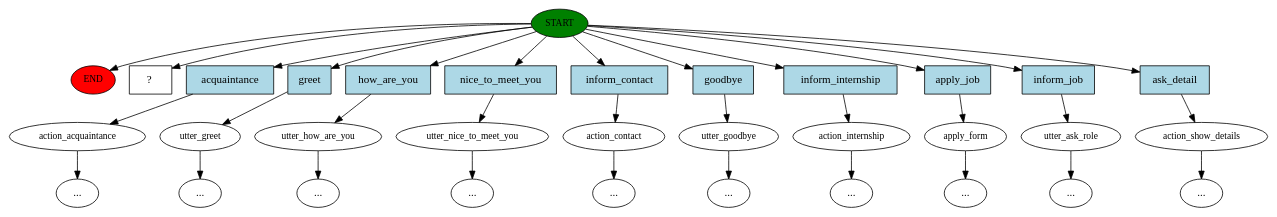
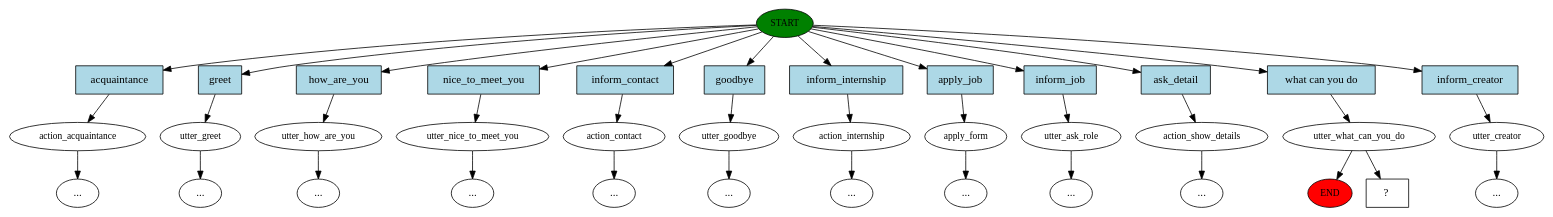
One commit to karimBg/proBot changed the diagram in story_graph.dot. Above: the diagram before and after it, drawn with Graphviz. The commit also changed 14 other files, not shown here.

```diff
--- a/story_graph.dot
+++ b/story_graph.dot
@@ -1,67 +1,77 @@
 digraph  {
 0 [class="start active", fillcolor=green, fontsize=12, label=START, style=filled];
 "-1" [class=end, fillcolor=red, fontsize=12, label=END, style=filled];
 1 [class="", fontsize=12, label=action_acquaintance];
 "-3" [class=ellipsis, label="..."];
 2 [class="", fontsize=12, label=utter_greet];
 "-4" [class=ellipsis, label="..."];
 3 [class="", fontsize=12, label=utter_how_are_you];
 "-5" [class=ellipsis, label="..."];
 4 [class="", fontsize=12, label=utter_nice_to_meet_you];
 "-6" [class=ellipsis, label="..."];
 5 [class="", fontsize=12, label=action_contact];
 "-7" [class=ellipsis, label="..."];
 6 [class="", fontsize=12, label=utter_goodbye];
 "-8" [class=ellipsis, label="..."];
 7 [class="", fontsize=12, label=action_internship];
 "-9" [class=ellipsis, label="..."];
 8 [class="", fontsize=12, label=apply_form];
 "-11" [class=ellipsis, label="..."];
 10 [class="", fontsize=12, label=utter_ask_role];
 12 [class="", fontsize=12, label=action_show_details];
 "-14" [class=ellipsis, label="..."];
 "-15" [class=ellipsis, label="..."];
-14 [class="intent dashed active", label="  ?  ", shape=rect];
-15 [class=intent, fillcolor=lightblue, label=acquaintance, shape=rect, style=filled];
-16 [class=intent, fillcolor=lightblue, label=greet, shape=rect, style=filled];
-17 [class=intent, fillcolor=lightblue, label=how_are_you, shape=rect, style=filled];
-18 [class=intent, fillcolor=lightblue, label=nice_to_meet_you, shape=rect, style=filled];
-19 [class=intent, fillcolor=lightblue, label=inform_contact, shape=rect, style=filled];
-20 [class=intent, fillcolor=lightblue, label=goodbye, shape=rect, style=filled];
-21 [class=intent, fillcolor=lightblue, label=inform_internship, shape=rect, style=filled];
-22 [class=intent, fillcolor=lightblue, label=apply_job, shape=rect, style=filled];
-23 [class=intent, fillcolor=lightblue, label=inform_job, shape=rect, style=filled];
-24 [class=intent, fillcolor=lightblue, label=ask_detail, shape=rect, style=filled];
-0 -> "-1"  [class="", key=NONE, label=""];
-0 -> 14  [class=active, key=NONE, label=""];
-0 -> 15  [class="", key=0];
-0 -> 16  [class="", key=0];
-0 -> 17  [class="", key=0];
+14 [class=active, fontsize=12, label=utter_what_can_you_do];
+15 [class="", fontsize=12, label=utter_creator];
+"-16" [class=ellipsis, label="..."];
+17 [class="intent dashed active", label="  ?  ", shape=rect];
+18 [class=intent, fillcolor=lightblue, label=acquaintance, shape=rect, style=filled];
+19 [class=intent, fillcolor=lightblue, label=greet, shape=rect, style=filled];
+20 [class=intent, fillcolor=lightblue, label=how_are_you, shape=rect, style=filled];
+21 [class=intent, fillcolor=lightblue, label=nice_to_meet_you, shape=rect, style=filled];
+22 [class=intent, fillcolor=lightblue, label=inform_contact, shape=rect, style=filled];
+23 [class=intent, fillcolor=lightblue, label=goodbye, shape=rect, style=filled];
+24 [class=intent, fillcolor=lightblue, label=inform_internship, shape=rect, style=filled];
+25 [class=intent, fillcolor=lightblue, label=apply_job, shape=rect, style=filled];
+26 [class=intent, fillcolor=lightblue, label=inform_job, shape=rect, style=filled];
+27 [class=intent, fillcolor=lightblue, label=ask_detail, shape=rect, style=filled];
+28 [class="intent active", fillcolor=lightblue, label="what can you do ", shape=rect, style=filled];
+29 [class=intent, fillcolor=lightblue, label=inform_creator, shape=rect, style=filled];
 0 -> 18  [class="", key=0];
 0 -> 19  [class="", key=0];
 0 -> 20  [class="", key=0];
 0 -> 21  [class="", key=0];
 0 -> 22  [class="", key=0];
 0 -> 23  [class="", key=0];
 0 -> 24  [class="", key=0];
+0 -> 25  [class="", key=0];
+0 -> 26  [class="", key=0];
+0 -> 27  [class="", key=0];
+0 -> 28  [class=active, key=0];
+0 -> 29  [class="", key=0];
 1 -> "-3"  [class="", key=NONE, label=""];
 2 -> "-4"  [class="", key=NONE, label=""];
 3 -> "-5"  [class="", key=NONE, label=""];
 4 -> "-6"  [class="", key=NONE, label=""];
 5 -> "-7"  [class="", key=NONE, label=""];
 6 -> "-8"  [class="", key=NONE, label=""];
 7 -> "-9"  [class="", key=NONE, label=""];
 8 -> "-11"  [class="", key=NONE, label=""];
 10 -> "-15"  [class="", key=NONE, label=""];
 12 -> "-14"  [class="", key=NONE, label=""];
-15 -> 1  [class="", key=0];
-16 -> 2  [class="", key=0];
-17 -> 3  [class="", key=0];
-18 -> 4  [class="", key=0];
-19 -> 5  [class="", key=0];
-20 -> 6  [class="", key=0];
-21 -> 7  [class="", key=0];
-22 -> 8  [class="", key=0];
-23 -> 10  [class="", key=0];
-24 -> 12  [class="", key=0];
+14 -> "-1"  [class="", key=NONE, label=""];
+14 -> 17  [class=active, key=NONE, label=""];
+15 -> "-16"  [class="", key=NONE, label=""];
+18 -> 1  [class="", key=0];
+19 -> 2  [class="", key=0];
+20 -> 3  [class="", key=0];
+21 -> 4  [class="", key=0];
+22 -> 5  [class="", key=0];
+23 -> 6  [class="", key=0];
+24 -> 7  [class="", key=0];
+25 -> 8  [class="", key=0];
+26 -> 10  [class="", key=0];
+27 -> 12  [class="", key=0];
+28 -> 14  [class=active, key=0];
+29 -> 15  [class="", key=0];
 }
```
